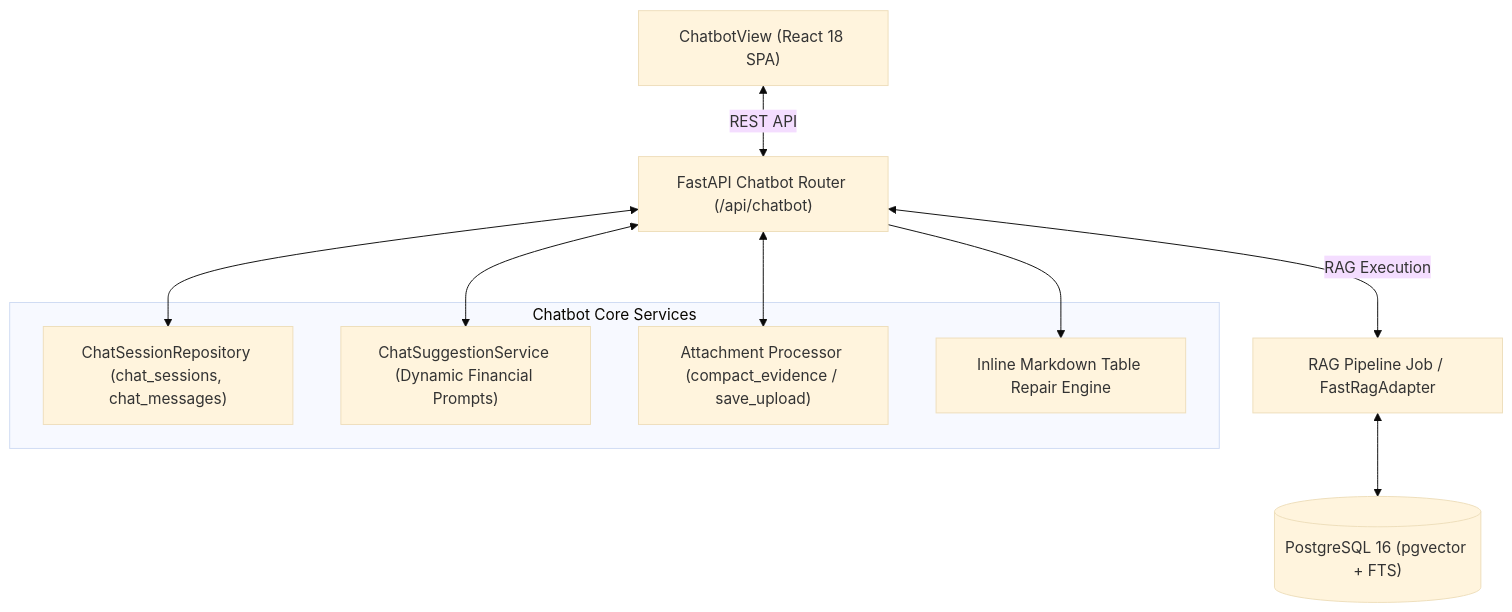
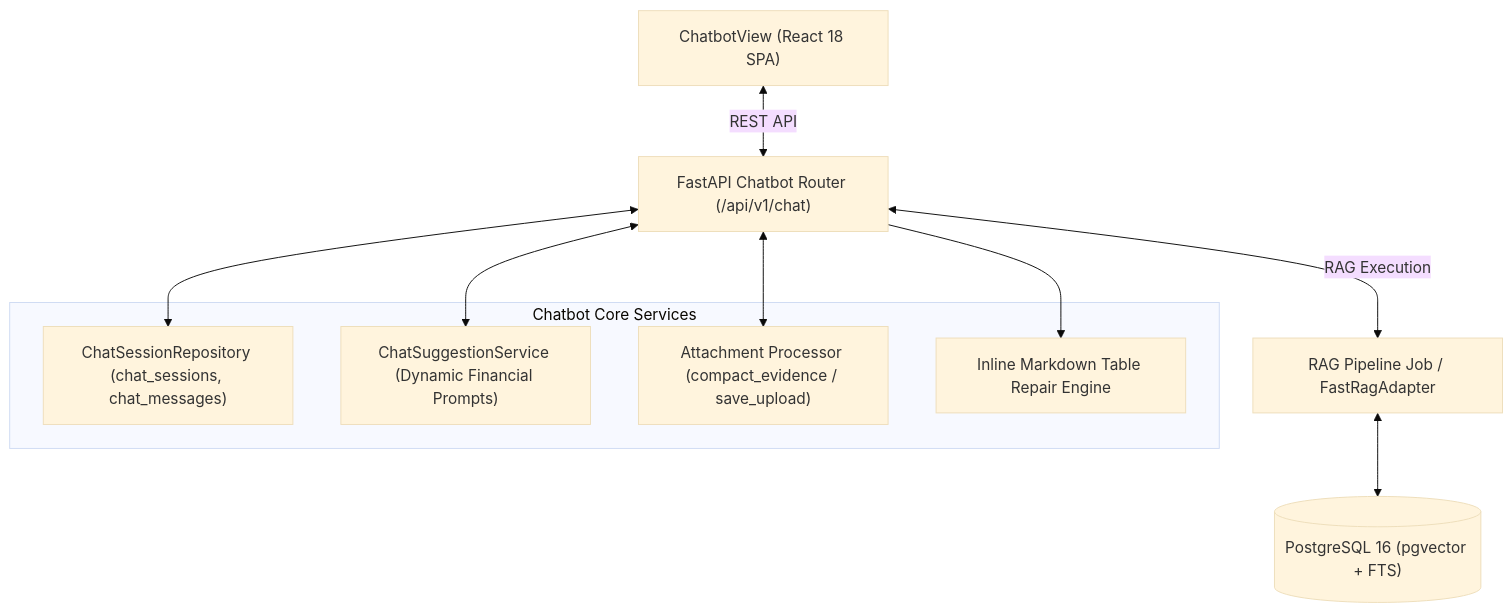
The diagram in docs/blueprints/04_workspace_blueprints/BP-404_ws_ai_financial_chatbot.md (bist-mini-final/bist-mini-final), drawn with Mermaid (base theme) before and after one commit. The commit also changed other lines of this file and 92 other files, not shown here.

````diff
--- a/docs/blueprints/04_workspace_blueprints/BP-404_ws_ai_financial_chatbot.md
+++ b/docs/blueprints/04_workspace_blueprints/BP-404_ws_ai_financial_chatbot.md
@@ -11,18 +11,18 @@
 ```mermaid
 flowchart TD
-    UI["ChatbotView (React 18 SPA)"] <-->|REST API| ROUTER["FastAPI Chatbot Router (/api/chatbot)"]
+    UI["ChatbotView (React 18 SPA)"] <-->|REST API| ROUTER["FastAPI Chatbot Router (/api/v1/chat)"]
     
     subgraph ChatServices ["Chatbot Core Services"]
         REPO["ChatSessionRepository (chat_sessions, chat_messages)"]
         SUGG["ChatSuggestionService (Dynamic Financial Prompts)"]
         ATTACH["Attachment Processor (compact_evidence / save_upload)"]
         TABLE_REP["Inline Markdown Table Repair Engine"]
     end
 
     ROUTER <--> REPO
     ROUTER <--> SUGG
     ROUTER <--> ATTACH
     ROUTER --> TABLE_REP
     ROUTER <-->|RAG Execution| PIPELINE["RAG Pipeline Job / FastRagAdapter"]
     PIPELINE <--> PG[("PostgreSQL 16 (pgvector + FTS)")]
 ```
````
